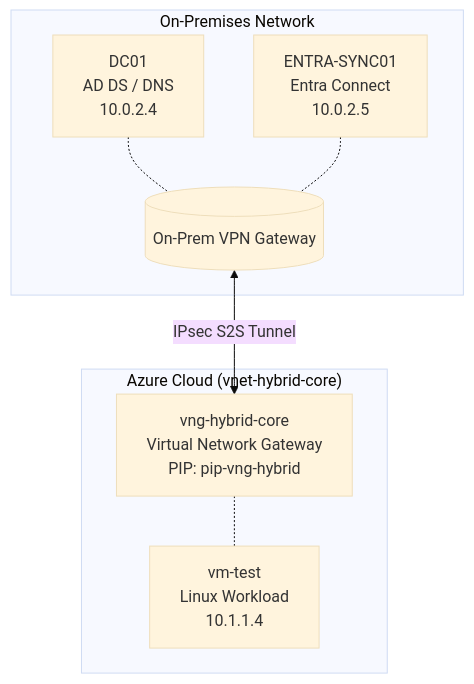
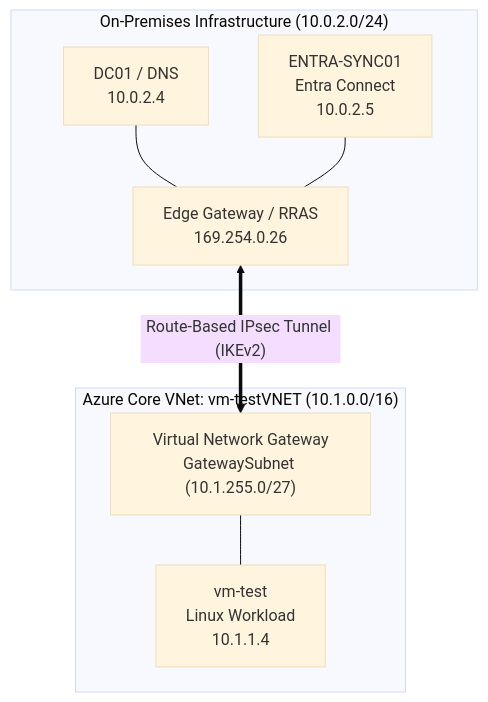
Before and after one commit to dbielas/Lab-projects: the diagram in Evidence/07-S2S-VPN/README.md, drawn with Mermaid (base theme). The commit also changed other lines of this file, not shown here.

````diff
--- a/Evidence/07-S2S-VPN/README.md
+++ b/Evidence/07-S2S-VPN/README.md
@@ -9,19 +11,18 @@
 ```mermaid
 graph TD
-    subgraph "On-Premises Network"
-        DC01[DC01<br>AD DS / DNS<br>10.0.2.4]
-        SYNC[ENTRA-SYNC01<br>Entra Connect<br>10.0.2.5]
-        CPE[(On-Prem VPN Gateway)]
+    subgraph OnPrem["On-Premises Infrastructure (10.0.2.0/24)"]
+        DC01["DC01 / DNS<br>10.0.2.4"]
+        SYNC["ENTRA-SYNC01<br>Entra Connect<br>10.0.2.5"]
+        CPE["Edge Gateway / RRAS<br>169.254.0.26"]
+        DC01 --- CPE
+        SYNC --- CPE
     end
 
-    subgraph "Azure Cloud (vnet-hybrid-core)"
-        VNG[vng-hybrid-core<br>Virtual Network Gateway<br>PIP: pip-vng-hybrid]
-        VM[vm-test<br>Linux Workload<br>10.1.1.4]
+    subgraph Azure["Azure Core VNet: vm-testVNET (10.1.0.0/16)"]
+        VNG["Virtual Network Gateway<br>GatewaySubnet (10.1.255.0/27)"]
+        VM["vm-test<br>Linux Workload<br>10.1.1.4"]
+        VNG --- VM
     end
 
-    DC01 -.- CPE
-    SYNC -.- CPE
-    VNG -.- VM
-
-    CPE <-->|IPsec S2S Tunnel| VNG
+    CPE <== "Route-Based IPsec Tunnel (IKEv2)" ==> VNG
 ```
````
